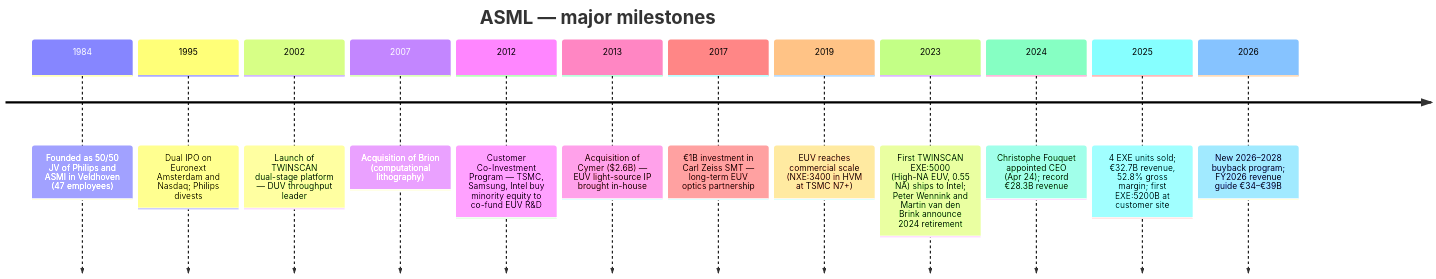
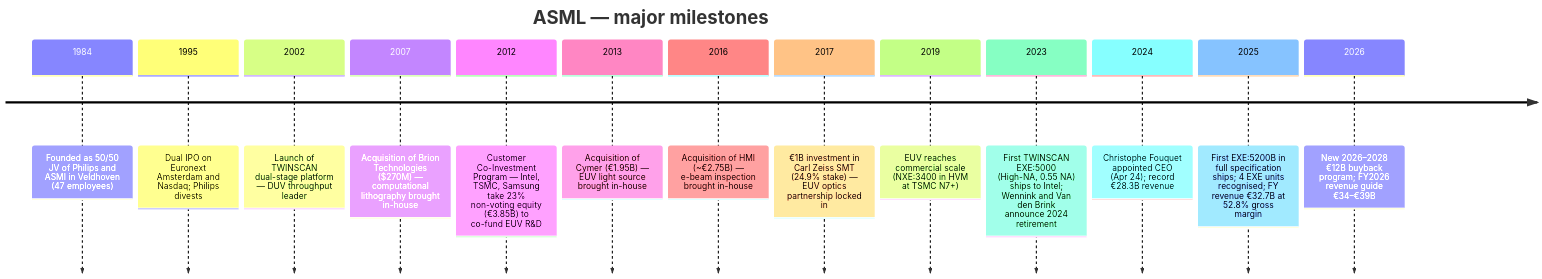
Before and after one commit to dadachundan/financial_agent: the first of 4 diagrams in reports/company/ASML_NASDAQ_ASML/ASML_NASDAQ_ASML_Research_Document.md, drawn with Mermaid. The commit also changed other lines of this file and 3 other files, not shown here.

````diff
--- a/reports/company/ASML_NASDAQ_ASML/ASML_NASDAQ_ASML_Research_Document.md
+++ b/reports/company/ASML_NASDAQ_ASML/ASML_NASDAQ_ASML_Research_Document.md
@@ -67,16 +69,17 @@
 ```mermaid
 timeline
     title ASML — major milestones
     1984 : Founded as 50/50 JV of Philips and ASMI in Veldhoven (47 employees)
     1995 : Dual IPO on Euronext Amsterdam and Nasdaq; Philips divests
     2002 : Launch of TWINSCAN dual-stage platform — DUV throughput leader
-    2007 : Acquisition of Brion (computational lithography)
-    2012 : Customer Co-Investment Program — TSMC, Samsung, Intel buy minority equity to co-fund EUV R&D
-    2013 : Acquisition of Cymer ($2.6B) — EUV light-source IP brought in-house
-    2017 : €1B investment in Carl Zeiss SMT — long-term EUV optics partnership
+    2007 : Acquisition of Brion Technologies ($270M) — computational lithography brought in-house
+    2012 : Customer Co-Investment Program — Intel, TSMC, Samsung take 23% non-voting equity (€3.85B) to co-fund EUV R&D
+    2013 : Acquisition of Cymer (€1.95B) — EUV light source brought in-house
+    2016 : Acquisition of HMI (~€2.75B) — e-beam inspection brought in-house
+    2017 : €1B investment in Carl Zeiss SMT (24.9% stake) — EUV optics partnership locked in
     2019 : EUV reaches commercial scale (NXE:3400 in HVM at TSMC N7+)
-    2023 : First TWINSCAN EXE:5000 (High-NA EUV, 0.55 NA) ships to Intel; Peter Wennink and Martin van den Brink announce 2024 retirement
+    2023 : First TWINSCAN EXE:5000 (High-NA, 0.55 NA) ships to Intel; Wennink and Van den Brink announce 2024 retirement
     2024 : Christophe Fouquet appointed CEO (Apr 24); record €28.3B revenue
-    2025 : 4 EXE units sold; €32.7B revenue, 52.8% gross margin; first EXE:5200B at customer site
-    2026 : New 2026–2028 buyback program; FY2026 revenue guide €34–€39B
+    2025 : First EXE:5200B in full specification ships; 4 EXE units recognised; FY revenue €32.7B at 52.8% gross margin
+    2026 : New 2026–2028 €12B buyback program; FY2026 revenue guide €34–€39B
 ```
````
